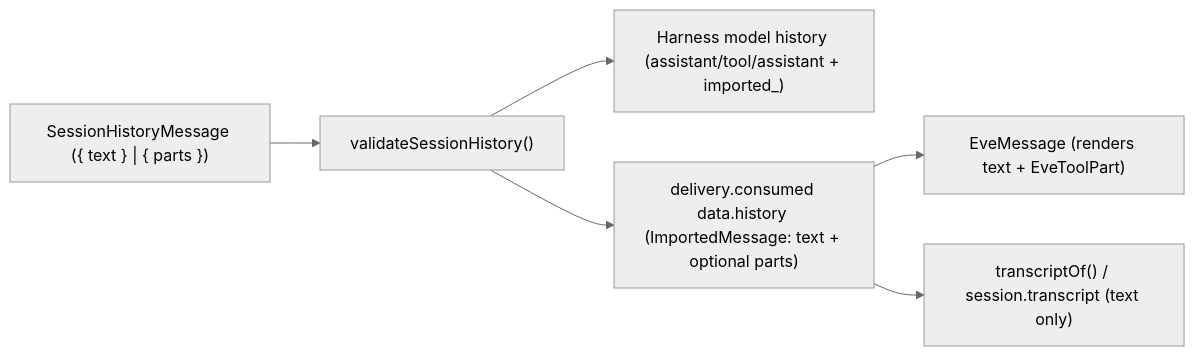
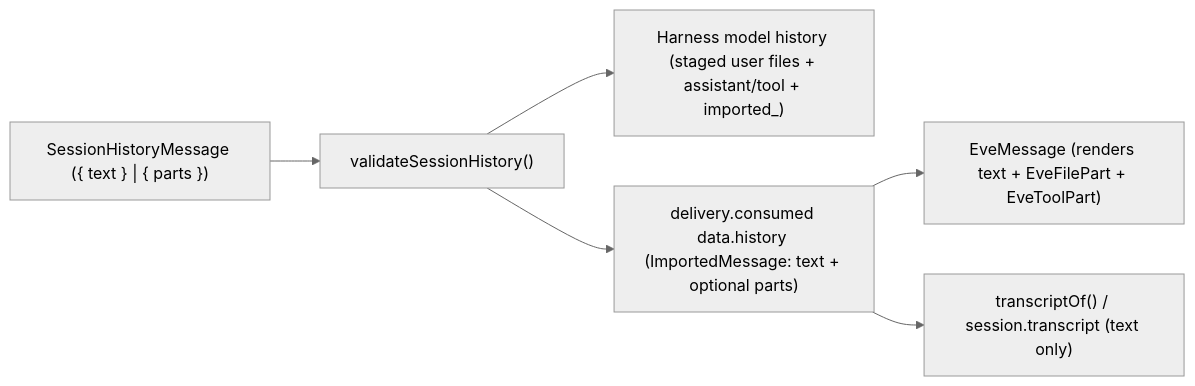
One commit to vercel/eve changed the diagram in research/session-history-parts.md. Above: the diagram before and after it, drawn with Mermaid (neutral theme). The commit also changed other lines of this file and 35 other files, not shown here.

First line of the commit message:
feat(eve): support file attachments in user session history parts

````diff
--- a/research/session-history-parts.md
+++ b/research/session-history-parts.md
@@ -74,8 +89,8 @@
 ```mermaid
 flowchart LR
   Input["SessionHistoryMessage ({ text } | { parts })"] --> Validate["validateSessionHistory()"]
-  Validate --> Lower["Harness model history (assistant/tool/assistant + imported_<n>)"]
+  Validate --> Lower["Harness model history (staged user files + assistant/tool + imported_<n>)"]
   Validate --> Event["delivery.consumed data.history (ImportedMessage: text + optional parts)"]
-  Event --> UI["EveMessage (renders text + EveToolPart)"]
+  Event --> UI["EveMessage (renders text + EveFilePart + EveToolPart)"]
   Event --> Transcript["transcriptOf() / session.transcript (text only)"]
 ```
````
